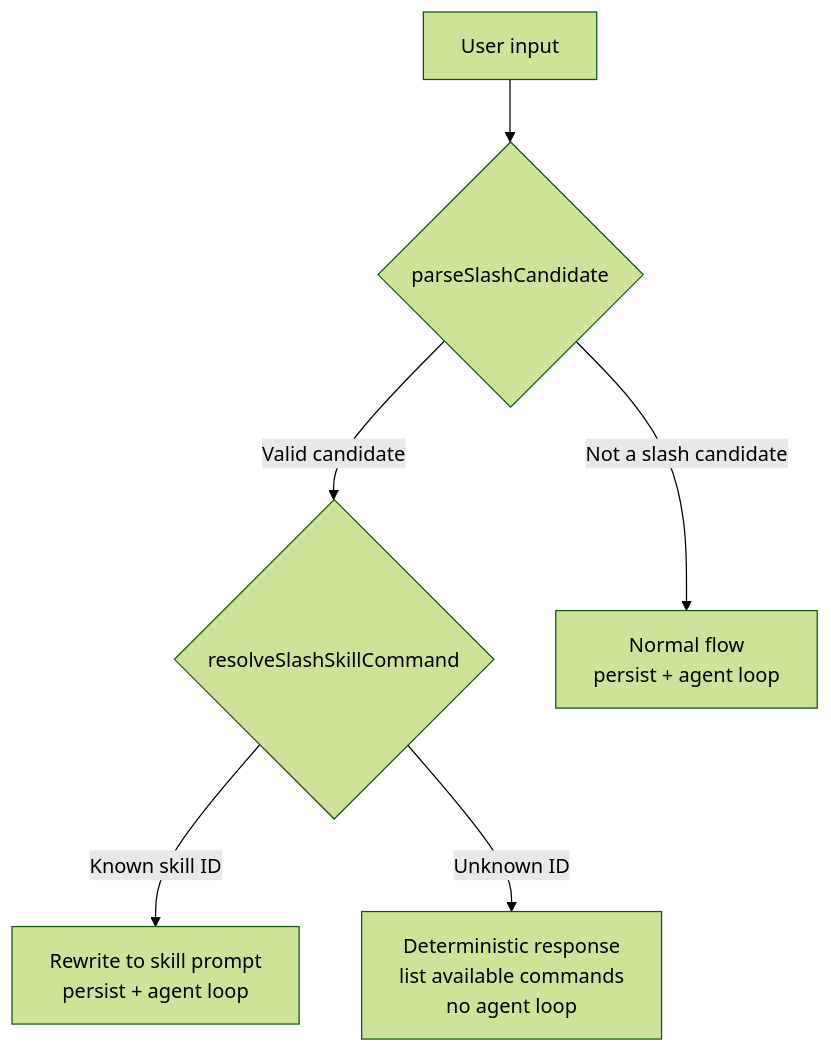
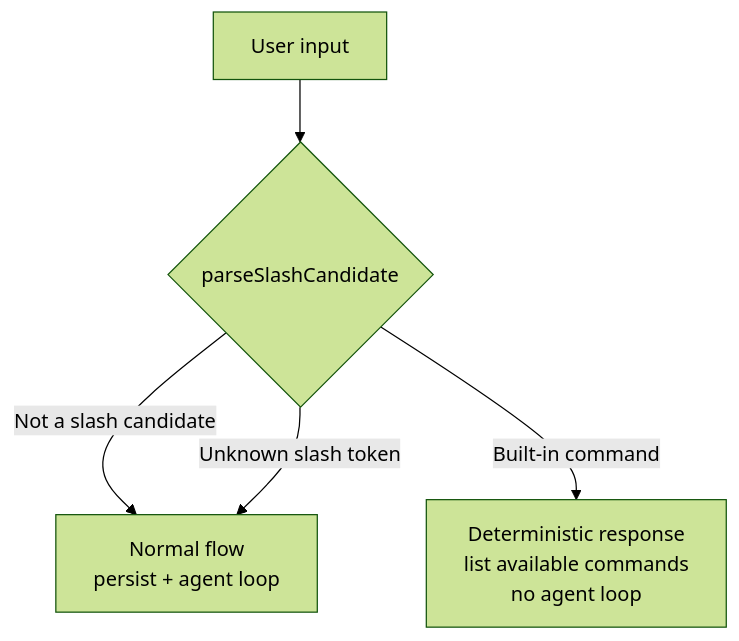
One commit to vellum-ai/vellum-assistant changed the sixth of 17 diagrams in assistant/ARCHITECTURE.md. Above: the diagram before and after it, drawn with Mermaid (forest theme). The commit also changed other lines of this file and 101 other files, not shown here.

First line of the commit message:
feat: remove user-invocable metadata key and slash command skill routing

````diff
--- a/assistant/ARCHITECTURE.md
+++ b/assistant/ARCHITECTURE.md
@@ -1011,15 +1011,12 @@
 ```mermaid
 graph TB
     INPUT["User input"]
     PARSE{"parseSlashCandidate"}
-    RESOLVE{"resolveSlashSkillCommand"}
     NONE["Normal flow<br/>persist + agent loop"]
-    KNOWN["Rewrite to skill prompt<br/>persist + agent loop"]
     UNKNOWN["Deterministic response<br/>list available commands<br/>no agent loop"]
 
     INPUT --> PARSE
     PARSE -->|"Not a slash candidate"| NONE
-    PARSE -->|"Valid candidate"| RESOLVE
-    RESOLVE -->|"Known skill ID"| KNOWN
-    RESOLVE -->|"Unknown ID"| UNKNOWN
+    PARSE -->|"Built-in command"| UNKNOWN
+    PARSE -->|"Unknown slash token"| NONE
 ```
````
